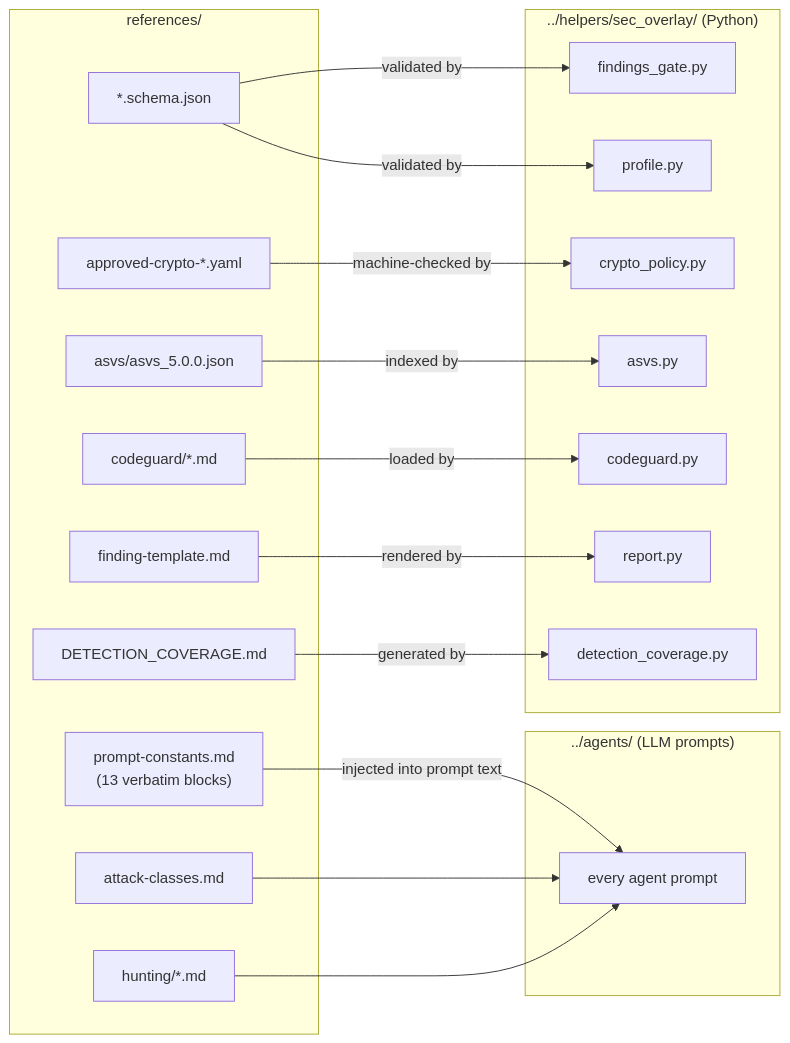
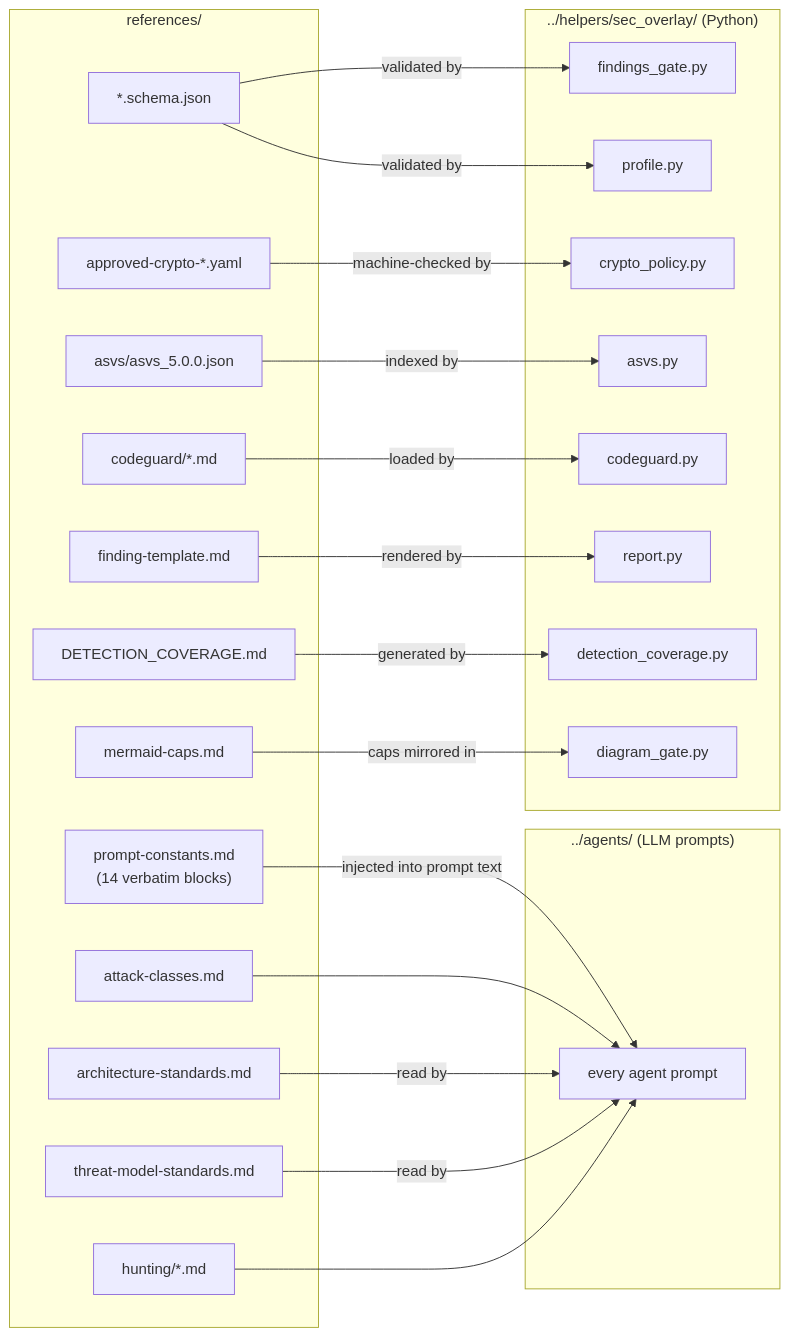
The first of 2 diagrams in plugins/sec-overlay/skills/sec-overlay/references/README.md (cjbischoff/cjbischoff-claude-code-tools), drawn with Mermaid before and after one commit. The commit also changed other lines of this file and 8 other files, not shown here.

````diff
--- a/plugins/sec-overlay/skills/sec-overlay/references/README.md
+++ b/plugins/sec-overlay/skills/sec-overlay/references/README.md
@@ -34,39 +34,46 @@
 ```mermaid
 flowchart LR
     subgraph REF["references/"]
-        PC["prompt-constants.md<br/>(13 verbatim blocks)"]
+        PC["prompt-constants.md<br/>(14 verbatim blocks)"]
         AC["attack-classes.md"]
+        ARCH["architecture-standards.md"]
+        TMS["threat-model-standards.md"]
+        MC["mermaid-caps.md"]
         FT["finding-template.md"]
         HUNT["hunting/*.md"]
         CG["codeguard/*.md"]
         ASVS["asvs/asvs_5.0.0.json"]
         CRYPTO["approved-crypto-*.yaml"]
         SCHEMA["*.schema.json"]
         DC["DETECTION_COVERAGE.md"]
     end
 
     subgraph AGENTS["../agents/ (LLM prompts)"]
         A["every agent prompt"]
     end
 
     subgraph HELPERS["../helpers/sec_overlay/ (Python)"]
         FG["findings_gate.py"]
         PROF["profile.py"]
         CP["crypto_policy.py"]
         ASVSPY["asvs.py"]
         CGPY["codeguard.py"]
         REP["report.py"]
         DCPY["detection_coverage.py"]
+        DGATE["diagram_gate.py"]
     end
 
     PC -->|"injected into prompt text"| A
     AC --> A
+    ARCH -->|"read by"| A
+    TMS -->|"read by"| A
+    MC -->|"caps mirrored in"| DGATE
     HUNT --> A
     FT -->|"rendered by"| REP
     SCHEMA -->|"validated by"| FG
     SCHEMA -->|"validated by"| PROF
     CRYPTO -->|"machine-checked by"| CP
     ASVS -->|"indexed by"| ASVSPY
     CG -->|"loaded by"| CGPY
     DC -->|"generated by"| DCPY
 ```
````
